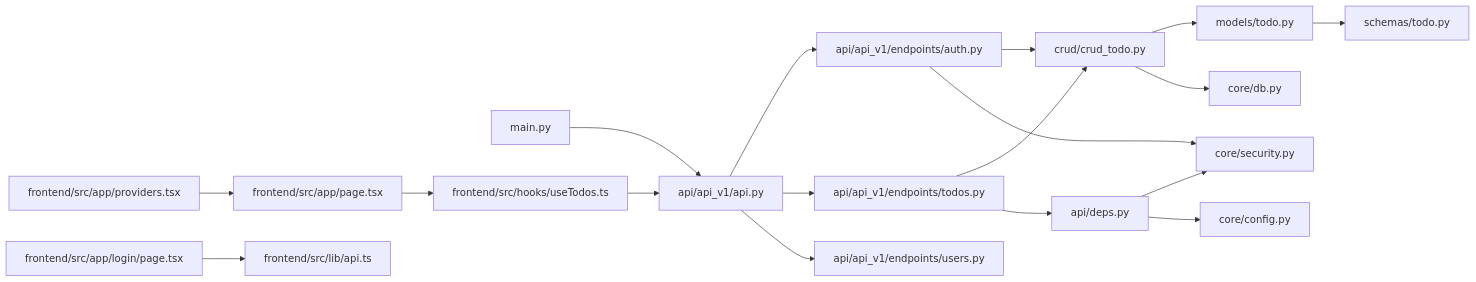
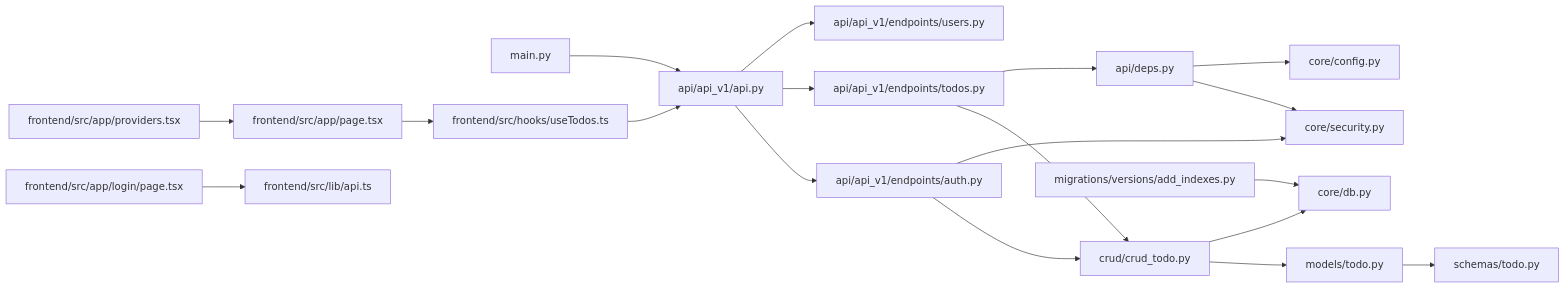
The seventh of 7 diagrams in .qoder/repowiki/ja/content/APIリファレンス/TODO管理API.md (ss8806/Todos), drawn with Mermaid before and after one commit. The commit also changed other lines of this file and 6 other files, not shown here.

````diff
--- a/.qoder/repowiki/ja/content/APIリファレンス/TODO管理API.md
+++ b/.qoder/repowiki/ja/content/APIリファレンス/TODO管理API.md
@@ -546,20 +674,21 @@
 ```mermaid
 graph LR
 MAIN["main.py"] --> API["api/api_v1/api.py"]
 API --> AUTH["api/api_v1/endpoints/auth.py"]
 API --> TODOS["api/api_v1/endpoints/todos.py"]
 API --> USERS["api/api_v1/endpoints/users.py"]
 TODOS --> CRUD["crud/crud_todo.py"]
 CRUD --> MODEL["models/todo.py"]
 CRUD --> DB["core/db.py"]
 MODEL --> SCHEMA["schemas/todo.py"]
 TODOS --> DEPS["api/deps.py"]
 DEPS --> SEC["core/security.py"]
 DEPS --> CFG["core/config.py"]
 AUTH --> CRUD
 AUTH --> SEC
 FE["frontend/src/hooks/useTodos.ts"] --> API
 PAGE["frontend/src/app/page.tsx"] --> FE
 LOGIN["frontend/src/app/login/page.tsx"] --> LIB["frontend/src/lib/api.ts"]
 PROVIDERS["frontend/src/app/providers.tsx"] --> PAGE
+MIG["migrations/versions/add_indexes.py"] --> DB
 ```
````
